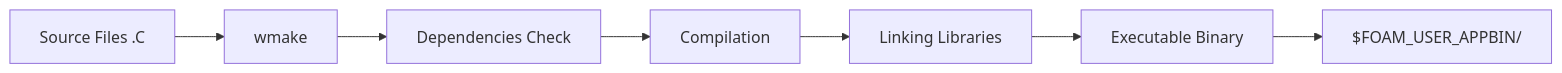
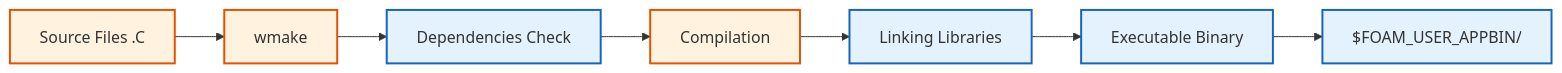
Before and after one commit to wramet/build-my-cfd: the second of 4 diagrams in MODULE_07_UTILITIES_AUTOMATION/CONTENT/08_EXPERT_UTILITIES/03_Architecture_and_Design_Patterns.md, drawn with Mermaid. The commit also changed other lines of this file and 313 other files, not shown here.

Commit message:
Revise all diagram

````diff
--- a/MODULE_07_UTILITIES_AUTOMATION/CONTENT/08_EXPERT_UTILITIES/03_Architecture_and_Design_Patterns.md
+++ b/MODULE_07_UTILITIES_AUTOMATION/CONTENT/08_EXPERT_UTILITIES/03_Architecture_and_Design_Patterns.md
@@ -182,9 +187,13 @@
 ```mermaid
 flowchart LR
-    A[Source Files .C] --> B[wmake]
-    B --> C[Dependencies Check]
-    C --> D[Compilation]
-    D --> E[Linking Libraries]
-    E --> F[Executable Binary]
-    F --> G[$FOAM_USER_APPBIN/]
+%% Classes
+classDef explicit fill:#fff3e0,stroke:#e65100,stroke-width:2px;
+classDef implicit fill:#e3f2fd,stroke:#1565c0,stroke-width:2px;
+%% Nodes
+A[Source Files .C]:::explicit --> B[wmake]:::explicit
+B --> C[Dependencies Check]:::implicit
+C --> D[Compilation]:::explicit
+D --> E[Linking Libraries]:::implicit
+E --> F[Executable Binary]:::implicit
+F --> G[$FOAM_USER_APPBIN/]:::implicit
 ```
````
